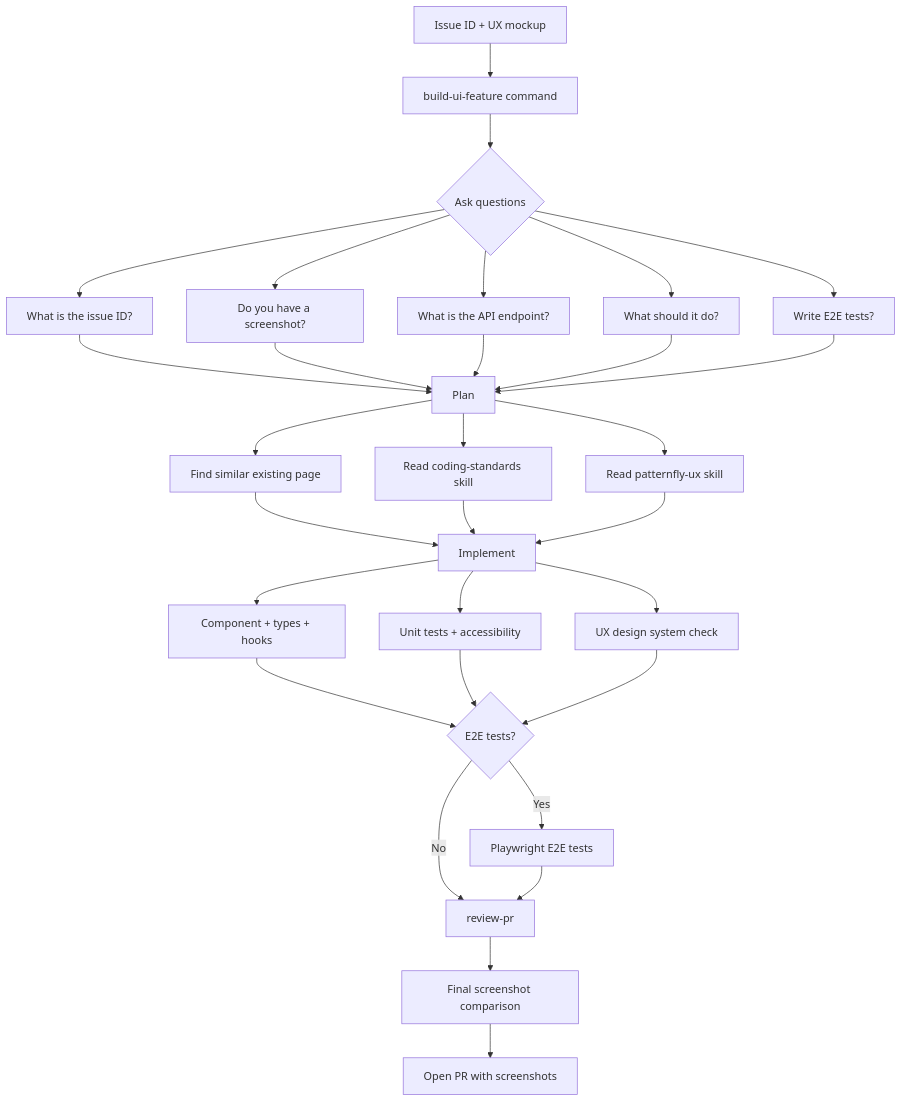
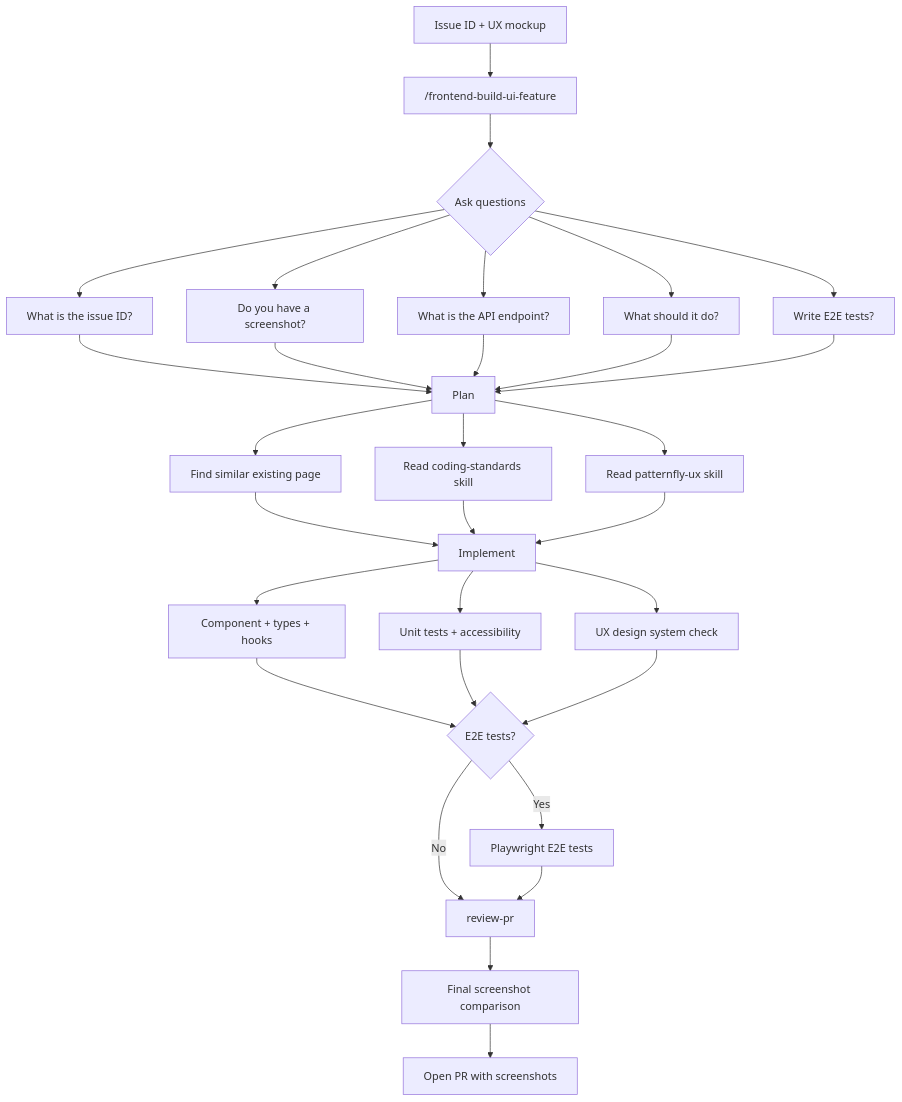
One commit to syntara-orchestration/syntara changed the diagram in frontend/docs/ai-assisted-development.md. Above: the diagram before and after it, drawn with Mermaid. The commit also changed other lines of this file and 1 other file, not shown here.

First line of the commit message:
docs(frontend): point AI workflow guide at current frontend-* skills

````diff
--- a/frontend/docs/ai-assisted-development.md
+++ b/frontend/docs/ai-assisted-development.md
@@ -31,24 +31,24 @@
 ```mermaid
 flowchart TD
-    A[Issue ID + UX mockup] --> B["build-ui-feature command"]
+    A[Issue ID + UX mockup] --> B["/frontend-build-ui-feature"]
     B --> C{Ask questions}
     C --> C1[What is the issue ID?]
     C --> C2[Do you have a screenshot?]
     C --> C3[What is the API endpoint?]
     C --> C4[What should it do?]
     C --> C5[Write E2E tests?]
     C1 & C2 & C3 & C4 & C5 --> D[Plan]
     D --> D1[Find similar existing page]
     D --> D2[Read coding-standards skill]
     D --> D3[Read patternfly-ux skill]
     D1 & D2 & D3 --> E[Implement]
     E --> E1[Component + types + hooks]
     E --> E2[Unit tests + accessibility]
     E --> E3[UX design system check]
     E1 & E2 & E3 --> F{E2E tests?}
     F -- Yes --> G[Playwright E2E tests]
     F -- No --> H["review-pr"]
     G --> H
     H --> I[Final screenshot comparison]
     I --> J[Open PR with screenshots]
 ```
````
